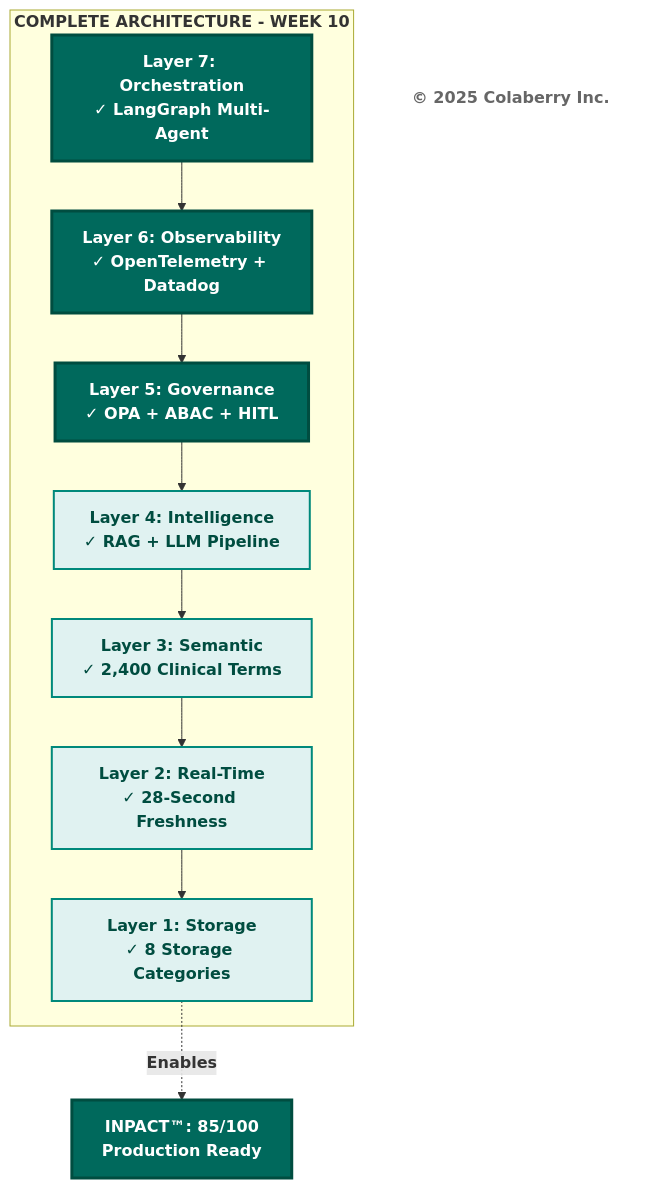
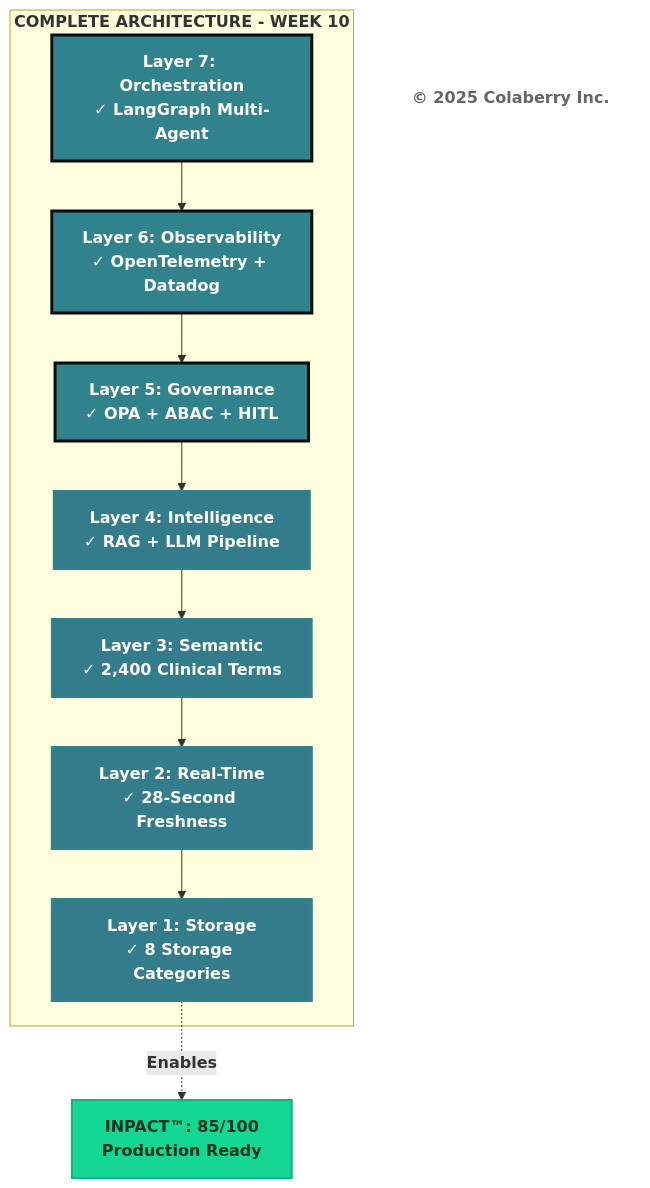
Diagram 13 of 14 in manuscript/07_chapter_6_transparency_orchestration_layers.md (saitejesh-cyber/trust-before-intelligence-book), drawn with Mermaid before and after one commit. The commit also changed other lines of this file, not shown here.

Commit message:
Update mermaid diagrams as per new coloberry color and contrast ratio for chapter 7

````diff
--- a/manuscript/07_chapter_6_transparency_orchestration_layers.md
+++ b/manuscript/07_chapter_6_transparency_orchestration_layers.md
@@ -1251,29 +1251,29 @@
 ```mermaid
 graph TB
     subgraph "<b>COMPLETE ARCHITECTURE - WEEK 10</b>"
         L7["<b>Layer 7: Orchestration</b><br/><b>✓ LangGraph Multi-Agent</b>"]
         L6["<b>Layer 6: Observability</b><br/><b>✓ OpenTelemetry + Datadog</b>"]
         L5["<b>Layer 5: Governance</b><br/><b>✓ OPA + ABAC + HITL</b>"]
         L4["<b>Layer 4: Intelligence</b><br/><b>✓ RAG + LLM Pipeline</b>"]
         L3["<b>Layer 3: Semantic</b><br/><b>✓ 2,400 Clinical Terms</b>"]
         L2["<b>Layer 2: Real-Time</b><br/><b>✓ 28-Second Freshness</b>"]
         L1["<b>Layer 1: Storage</b><br/><b>✓ 8 Storage Categories</b>"]
     end
     
     INPACT["<b>INPACT™: 85/100</b><br/><b>Production Ready</b>"]
     
     Copyright["<b>© 2025 Colaberry Inc.</b>"]
     
     L7 --> L6 --> L5 --> L4 --> L3 --> L2 --> L1
     L1 -.->|<b>Enables</b>| INPACT
     
-    style L7 fill:#00695c,color:#ffffff,stroke:#004d40,stroke-width:3px
-    style L6 fill:#00695c,color:#ffffff,stroke:#004d40,stroke-width:3px
-    style L5 fill:#00695c,color:#ffffff,stroke:#004d40,stroke-width:3px
-    style L4 fill:#e0f2f1,stroke:#00897b,stroke-width:2px,color:#004d40
-    style L3 fill:#e0f2f1,stroke:#00897b,stroke-width:2px,color:#004d40
-    style L2 fill:#e0f2f1,stroke:#00897b,stroke-width:2px,color:#004d40
-    style L1 fill:#e0f2f1,stroke:#00897b,stroke-width:2px,color:#004d40
-    style INPACT fill:#00695c,color:#ffffff,stroke:#004d40,stroke-width:3px
+    style L7 fill:#30838C,color:#ffffff,stroke:#0D0D0D,stroke-width:3px
+    style L6 fill:#30838C,color:#ffffff,stroke:#0D0D0D,stroke-width:3px
+    style L5 fill:#30838C,color:#ffffff,stroke:#0D0D0D,stroke-width:3px
+    style L4 fill:#327C8C,stroke:#30838C,stroke-width:2px,color:#ffffff
+    style L3 fill:#327C8C,stroke:#30838C,stroke-width:2px,color:#ffffff
+    style L2 fill:#327C8C,stroke:#30838C,stroke-width:2px,color:#ffffff
+    style L1 fill:#327C8C,stroke:#30838C,stroke-width:2px,color:#ffffff
+    style INPACT fill:#14D793,color:#003322,stroke:#0FB67D,stroke-width:2px
     style Copyright fill:#ffffff,stroke:none,color:#666666
 ```
````
